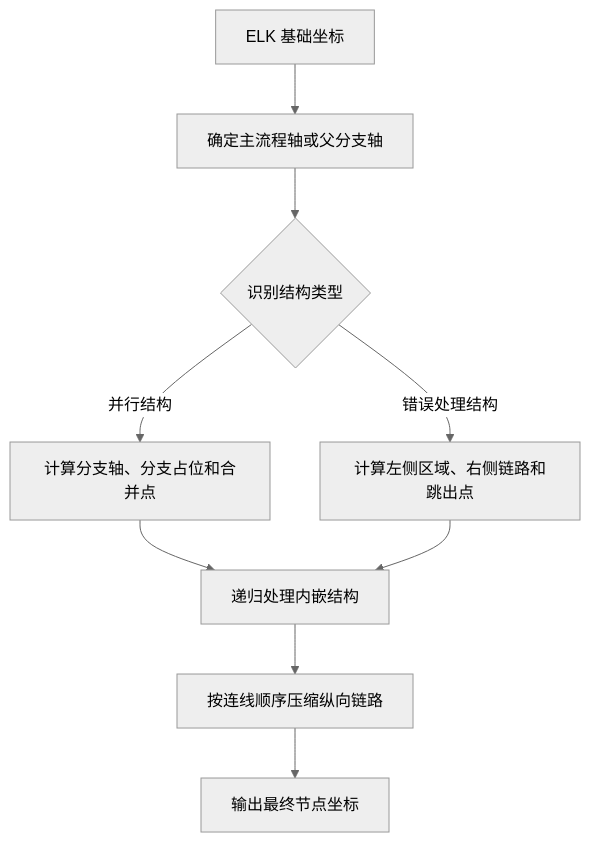
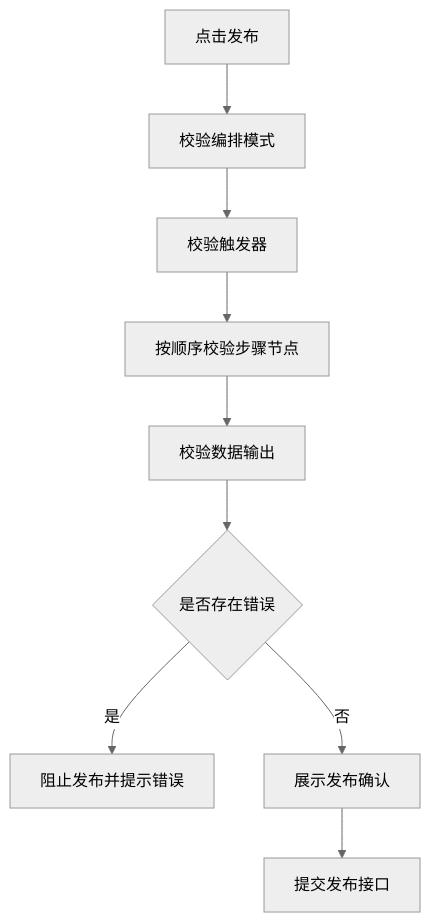
One commit to THZSummer/open-app changed diagram 11 of 11 in front/doc/2026年6月文档/连接流配置需求设计说明书.md. Above: the diagram before and after it, drawn with Mermaid (neutral theme). The commit also changed other lines of this file, not shown here.

````diff
--- a/front/doc/2026年6月文档/连接流配置需求设计说明书.md
+++ b/front/doc/2026年6月文档/连接流配置需求设计说明书.md
@@ -955,11 +625,11 @@
 ```mermaid
 flowchart TD
-  ElkResult[ELK 基础坐标] --> FindAxis[确定主流程轴或父分支轴]
-  FindAxis --> FindStructure{识别结构类型}
-  FindStructure -->|并行结构| ParallelFix[计算分支轴、分支占位和合并点]
-  FindStructure -->|错误处理结构| ErrorFix[计算左侧区域、右侧链路和跳出点]
-  ParallelFix --> NestedFix[递归处理内嵌结构]
-  ErrorFix --> NestedFix
-  NestedFix --> CompactY[按连线顺序压缩纵向链路]
-  CompactY --> FinalPosition[输出最终节点坐标]
+  PublishClick[点击发布] --> CheckMode[校验编排模式]
+  CheckMode --> CheckTrigger[校验触发器]
+  CheckTrigger --> CheckSteps[按顺序校验步骤节点]
+  CheckSteps --> CheckOutput[校验数据输出]
+  CheckOutput --> HasError{是否存在错误}
+  HasError -->|是| BlockPublish[阻止发布并提示错误]
+  HasError -->|否| Confirm[展示发布确认]
+  Confirm --> Submit[提交发布接口]
 ```
````
